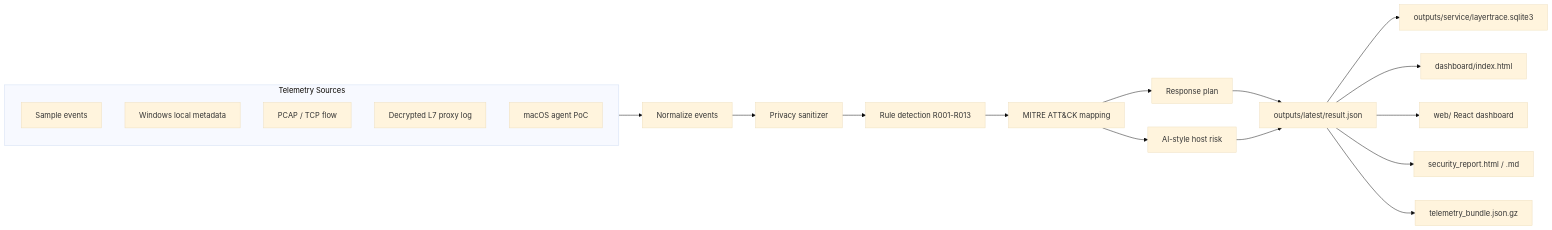
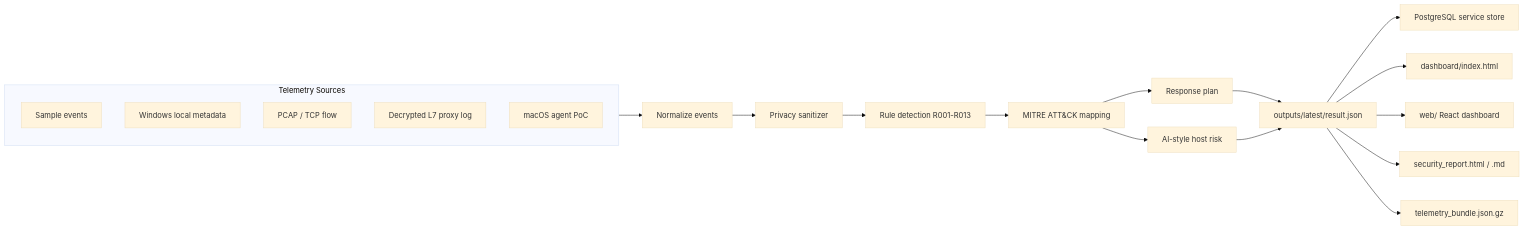
One commit to altius03/team-C-edr changed the diagram in README.md. Above: the diagram before and after it, drawn with Mermaid (base theme). The commit also changed other lines of this file and 27 other files, not shown here.

Commit message:
PostgreSQL 기반 배포 경계 보강

````diff
--- a/README.md
+++ b/README.md
@@ -36,24 +36,24 @@
 ```mermaid
 flowchart LR
   subgraph INPUT["Telemetry Sources"]
     A["Sample events"]
     B["Windows local metadata"]
     C["PCAP / TCP flow"]
     D["Decrypted L7 proxy log"]
     E["macOS agent PoC"]
   end
 
   INPUT --> N["Normalize events"]
   N --> P["Privacy sanitizer"]
   P --> R["Rule detection R001-R013"]
   R --> M["MITRE ATT&CK mapping"]
   M --> X["Response plan"]
   M --> AI["AI-style host risk"]
   X --> O["outputs/latest/result.json"]
   AI --> O
-  O --> DB["outputs/service/layertrace.sqlite3"]
+  O --> DB["PostgreSQL service store"]
   O --> DASH["dashboard/index.html"]
   O --> REACT["web/ React dashboard"]
   O --> REP["security_report.html / .md"]
   O --> PIPE["telemetry_bundle.json.gz"]
 ```
````
